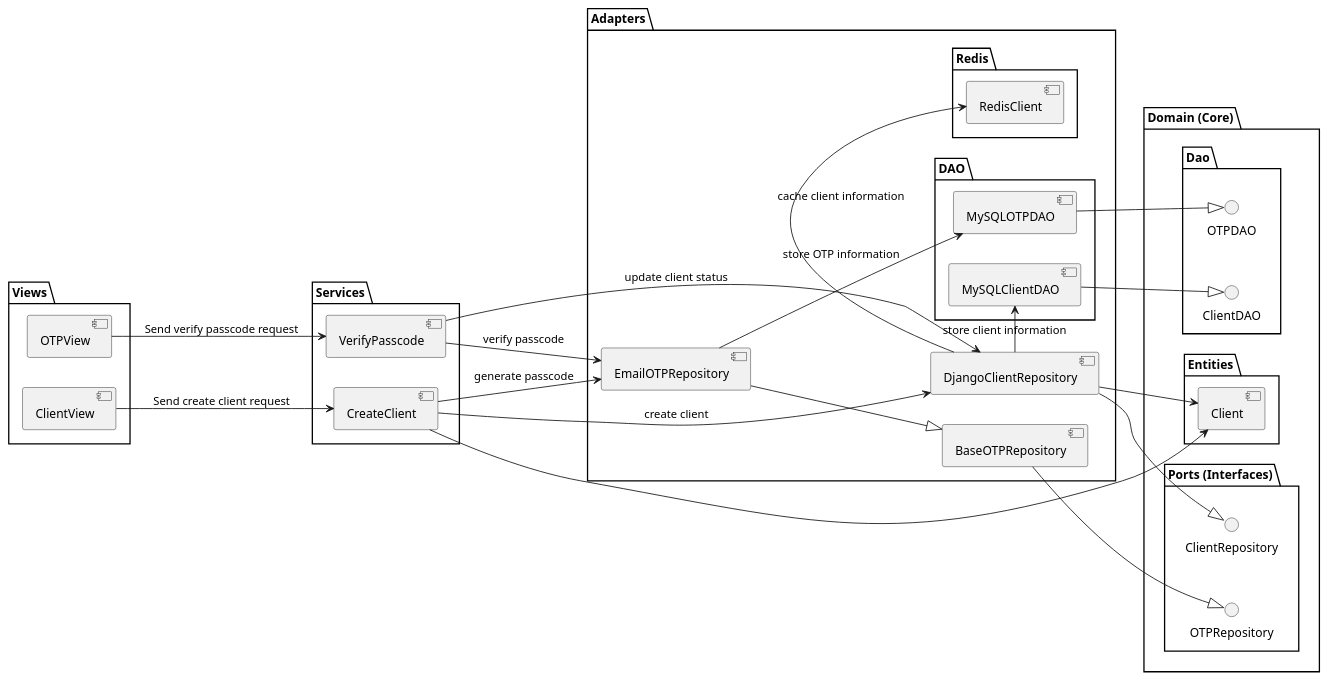
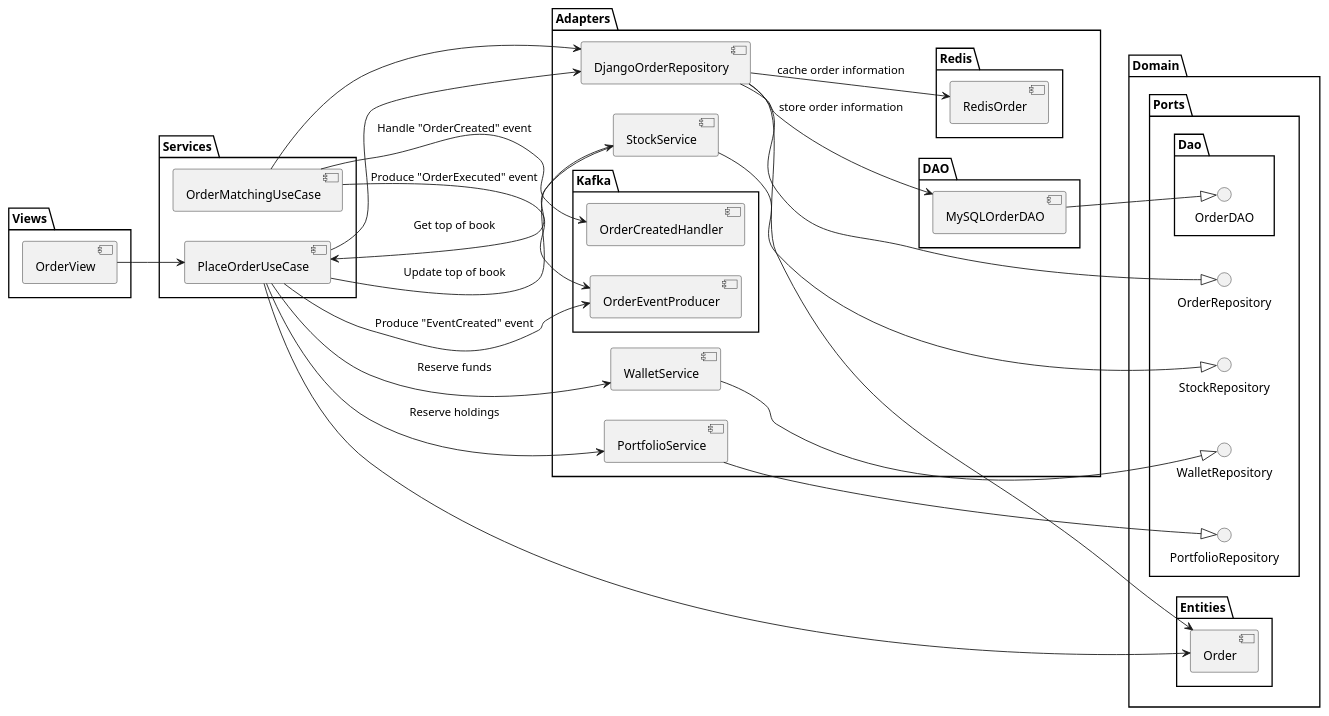
One commit to William-Lavoie/BrokerX changed the diagram in documentation/phase3/views/component_diagram.puml. Above: the diagram before and after it, drawn with PlantUML. The commit also changed 13 other files, not shown here.

```diff
--- a/documentation/phase3/views/component_diagram.puml
+++ b/documentation/phase3/views/component_diagram.puml
@@ -1,71 +1,82 @@
 @startuml
 left to right direction
 skinparam style strictuml
 skinparam ActorStyle awesome
 skinparam rectangle {
   BackgroundColor #FFFFFF
   BorderColor #000000
   RoundCorner 15
 }
-package "Domain (Core)" {
+package "Domain" {
     package "Entities" {
-        [Client]
+        [Order]
     }
 
-    package "Ports (Interfaces)" {
-        interface ClientRepository
-        interface OTPRepository
+    package "Ports" {
+        interface OrderRepository
+        interface PortfolioRepository
+        interface StockRepository
+        interface WalletRepository
+
+        package "Dao" {
+            interface OrderDAO
+        }
     }
 
-    package "Dao" {
-        interface ClientDAO
-        interface OTPDAO
-    }
+
 }
 
 package "Views" {
-    [ClientView]
-    [OTPView]
+    [OrderView]
 }
 
 package "Adapters" {
-    [DjangoClientRepository]
-    [BaseOTPRepository]
-    [EmailOTPRepository]
+    [DjangoOrderRepository]
+    [PortfolioService]
+    [StockService]
+    [WalletService]
 
     package "DAO" {
-        [MySQLClientDAO]
-        [MySQLOTPDAO]
+        [MySQLOrderDAO]
     }
 
     package "Redis" {
-        [RedisClient]
+        [RedisOrder]
+    }
+
+    package "Kafka" {
+        [OrderCreatedHandler]
+        [OrderEventProducer]
     }
 }
 
 package "Services" {
-    [CreateClient]
-    [VerifyPasscode]
+    [OrderMatchingUseCase]
+    [PlaceOrderUseCase]
 }
 
-[ClientView] --> [CreateClient] : Send create client request
-[CreateClient] -> [DjangoClientRepository] : create client
-[DjangoClientRepository] -> [RedisClient] : cache client information
-[DjangoClientRepository] -> [MySQLClientDAO] : store client information
+[OrderView] --> [PlaceOrderUseCase]
+[PlaceOrderUseCase] --> [DjangoOrderRepository]
+[PlaceOrderUseCase] --> [WalletService]: Reserve funds
+[PlaceOrderUseCase] --> [StockService]: Update top of book
+[StockService] --> [PlaceOrderUseCase]: Get top of book
+[PlaceOrderUseCase] --> [PortfolioService]: Reserve holdings
+[PlaceOrderUseCase] --> [OrderEventProducer]: Produce "EventCreated" event
 
-[CreateClient] -> [EmailOTPRepository] : generate passcode
-[CreateClient] -> [Client]
-[DjangoClientRepository] -> [Client]
+[PlaceOrderUseCase] --> [Order]
+[DjangoOrderRepository] --> [Order]
+[DjangoOrderRepository] --> [RedisOrder]: cache order information
+[DjangoOrderRepository] --> [MySQLOrderDAO]: store order information
 
-[OTPView] --> [VerifyPasscode] : Send verify passcode request
-[VerifyPasscode] --> [DjangoClientRepository] : update client status
-[VerifyPasscode] --> [EmailOTPRepository] : verify passcode
+[StockService] --|> [StockRepository]
+[WalletService] --|> [WalletRepository]
+[PortfolioService] --|> [PortfolioRepository]
+[DjangoOrderRepository] --|> [OrderRepository]
+[MySQLOrderDAO] --|> [OrderDAO]
 
-[DjangoClientRepository] --|> [ClientRepository]
-[BaseOTPRepository] --|>  [OTPRepository]
-[MySQLClientDAO] --|> [ClientDAO]
-[MySQLOTPDAO] --|> [OTPDAO]
-[EmailOTPRepository] --|> [BaseOTPRepository]
-[EmailOTPRepository] --> [MySQLOTPDAO] : store OTP information
+[OrderMatchingUseCase] --> [DjangoOrderRepository]
+[OrderMatchingUseCase] --> [OrderEventProducer]: Produce "OrderExecuted" event
+[OrderMatchingUseCase] --> [OrderCreatedHandler]: Handle "OrderCreated" event
+
 
 @enduml
```
